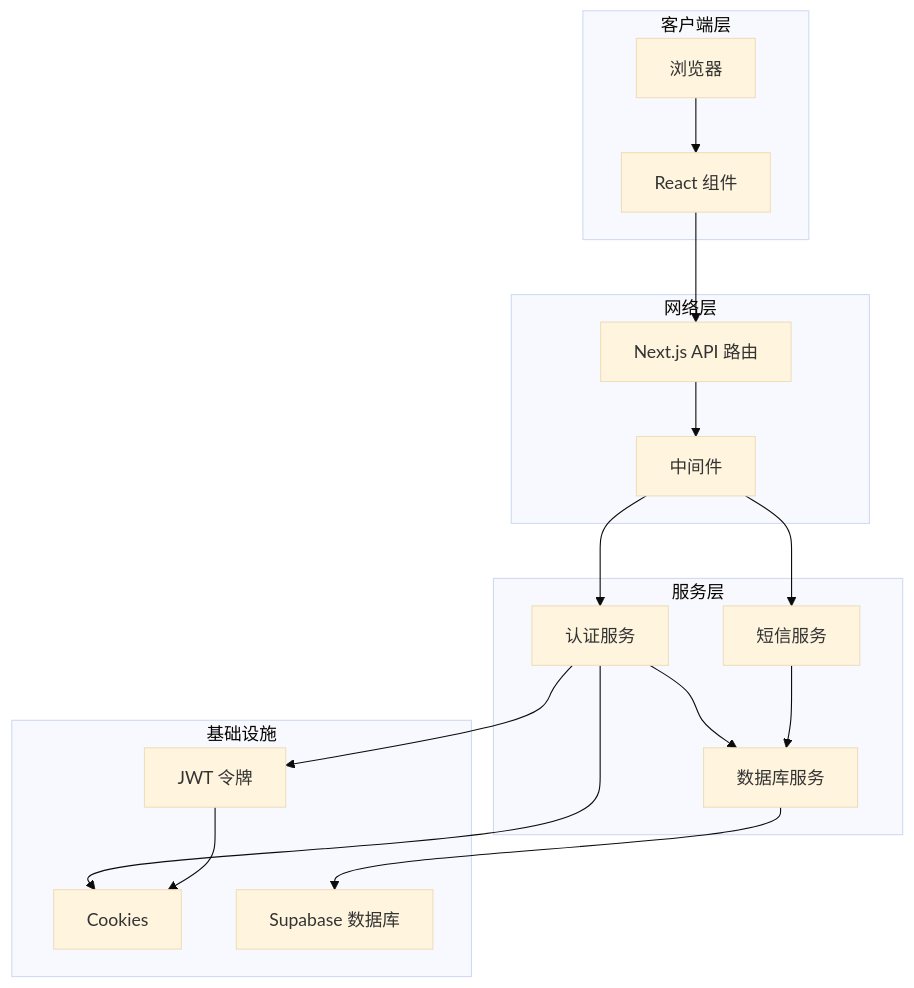
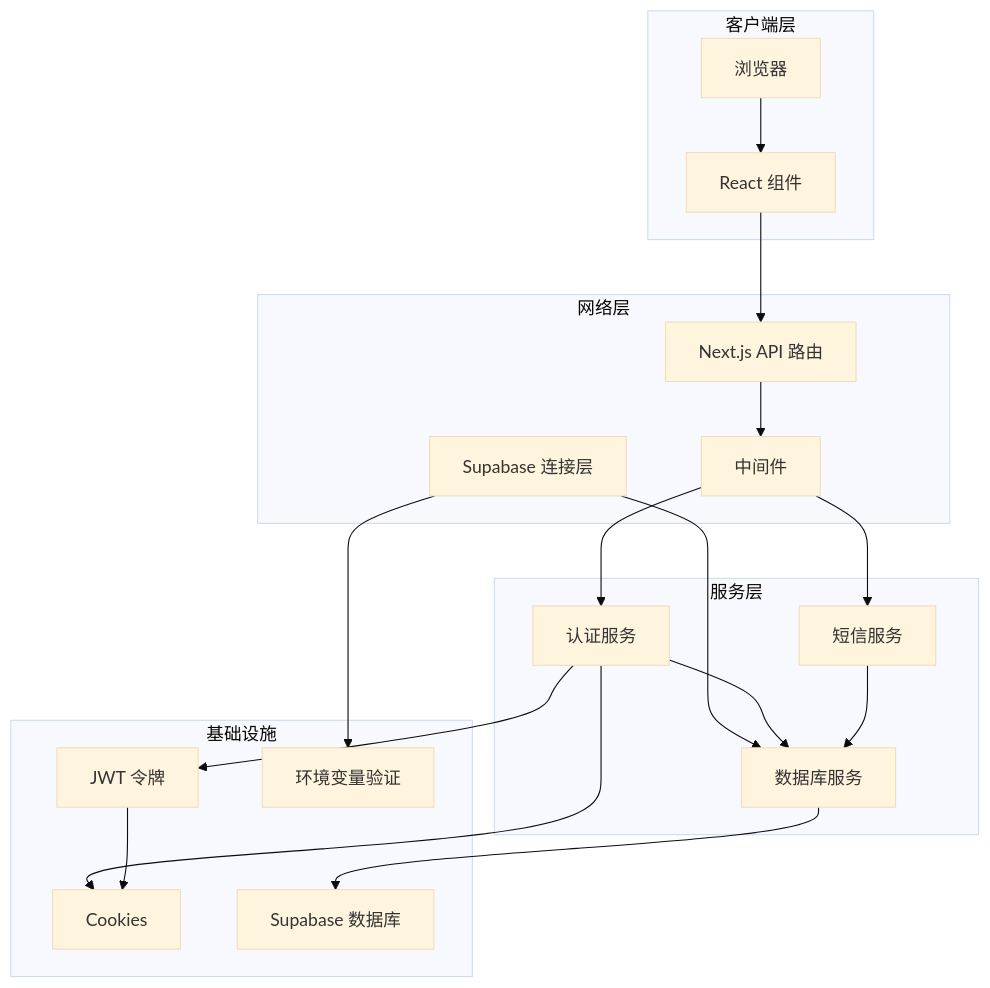
One commit to billye220670/BananaFlow2 changed the second of 7 diagrams in .qoder/repowiki/zh/content/核心功能模块/用户认证系统.md. Above: the diagram before and after it, drawn with Mermaid (base theme). The commit also changed other lines of this file and 11 other files, not shown here.

````diff
--- a/.qoder/repowiki/zh/content/核心功能模块/用户认证系统.md
+++ b/.qoder/repowiki/zh/content/核心功能模块/用户认证系统.md
@@ -128,32 +148,36 @@
 ```mermaid
 graph TB
 subgraph "客户端层"
 A[浏览器]
 B[React 组件]
 end
 subgraph "网络层"
 C[Next.js API 路由]
 D[中间件]
+E[Supabase 连接层]
 end
 subgraph "服务层"
-E[认证服务]
-F[短信服务]
-G[数据库服务]
+F[认证服务]
+G[短信服务]
+H[数据库服务]
 end
 subgraph "基础设施"
-H[JWT 令牌]
-I[Cookies]
-J[Supabase 数据库]
+I[JWT 令牌]
+J[Cookies]
+K[Supabase 数据库]
+L[环境变量验证]
 end
 A --> B
 B --> C
 C --> D
-D --> E
 D --> F
-E --> G
-F --> G
-G --> J
+D --> G
 E --> H
-E --> I
-H --> I
+F --> H
+G --> H
+H --> K
+E --> L
+F --> I
+F --> J
+I --> J
 ```
````
